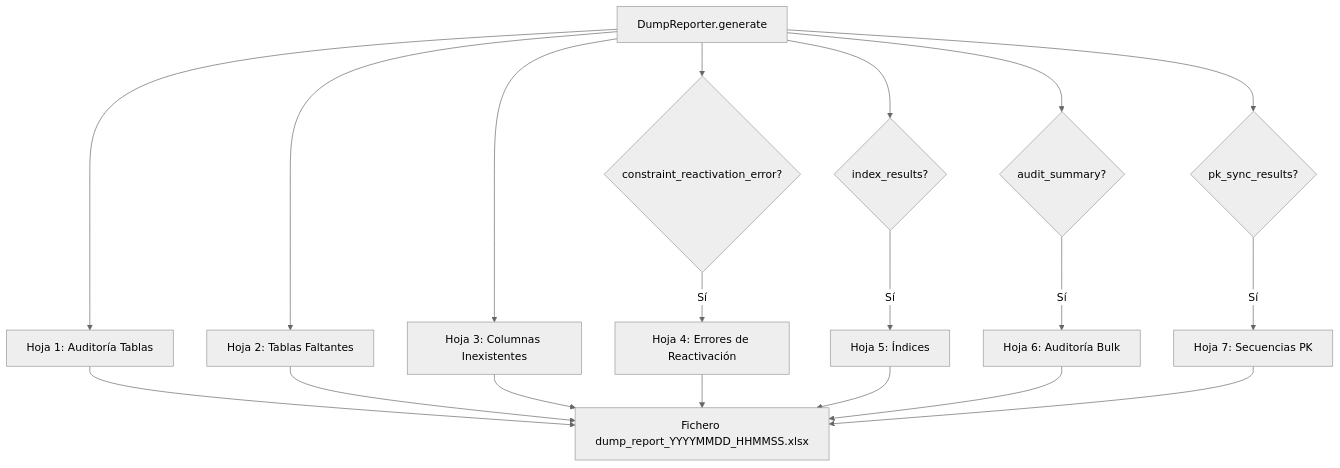
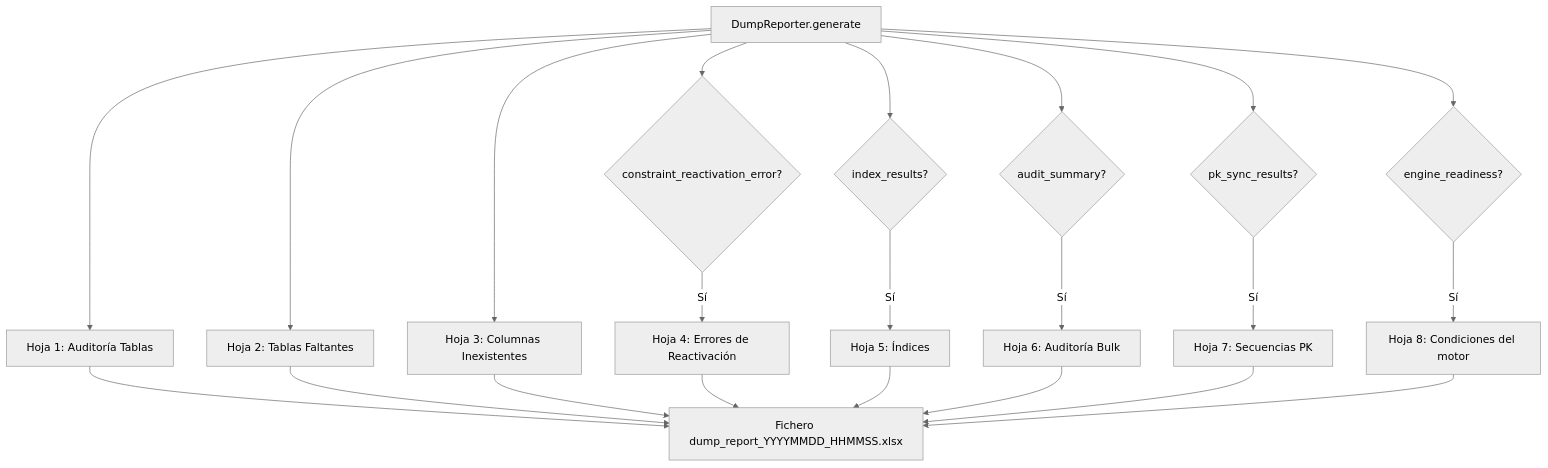
Before and after one commit to fmanza/util_bbdd: the diagram in docs/api/dump_reporter.md, drawn with Mermaid (neutral theme). The commit also changed other lines of this file and 19 other files, not shown here.

First line of the commit message:
feat(bulk,dump): hoja «Condiciones del motor» en los Excel de auditoría

````diff
--- a/docs/api/dump_reporter.md
+++ b/docs/api/dump_reporter.md
@@ -7,15 +7,17 @@
 ```mermaid
 flowchart TD
     A[DumpReporter.generate] --> B[Hoja 1: Auditoría Tablas]
     A --> C[Hoja 2: Tablas Faltantes]
     A --> D[Hoja 3: Columnas Inexistentes]
     A --> E{constraint_reactivation_error?}
     E -- Sí --> E1[Hoja 4: Errores de Reactivación]
     A --> F{index_results?}
     F -- Sí --> F1[Hoja 5: Índices]
     A --> H{audit_summary?}
     H -- Sí --> I[Hoja 6: Auditoría Bulk]
     A --> J{pk_sync_results?}
     J -- Sí --> K[Hoja 7: Secuencias PK]
-    B & C & D & E1 & F1 & I & K --> G[Fichero dump_report_YYYYMMDD_HHMMSS.xlsx]
+    A --> L{engine_readiness?}
+    L -- Sí --> M[Hoja 8: Condiciones del motor]
+    B & C & D & E1 & F1 & I & K & M --> G[Fichero dump_report_YYYYMMDD_HHMMSS.xlsx]
 ```
````
